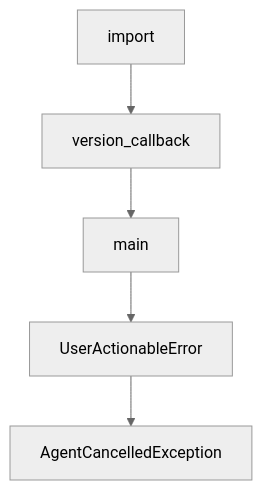
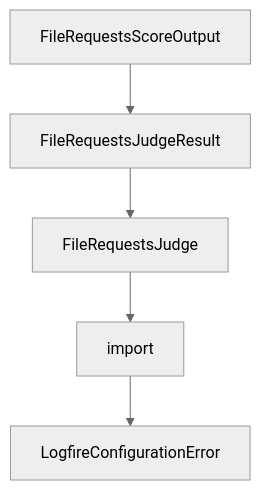
The diagram in tutorials/shotgun-tutorial/05-cli-automation-and-scripting.md (johnxie/awesome-code-docs), drawn with Mermaid (neutral theme) before and after one commit. The commit also changed other lines of this file and 1232 other files, not shown here.

````diff
--- a/tutorials/shotgun-tutorial/05-cli-automation-and-scripting.md
+++ b/tutorials/shotgun-tutorial/05-cli-automation-and-scripting.md
@@ -215,12 +213,12 @@
 ```mermaid
 flowchart TD
-    A[import]
-    B[version_callback]
-    C[main]
-    D[UserActionableError]
-    E[AgentCancelledException]
+    A[FileRequestsScoreOutput]
+    B[FileRequestsJudgeResult]
+    C[FileRequestsJudge]
+    D[import]
+    E[LogfireConfigurationError]
     A --> B
     B --> C
     C --> D
     D --> E
 ```
````
